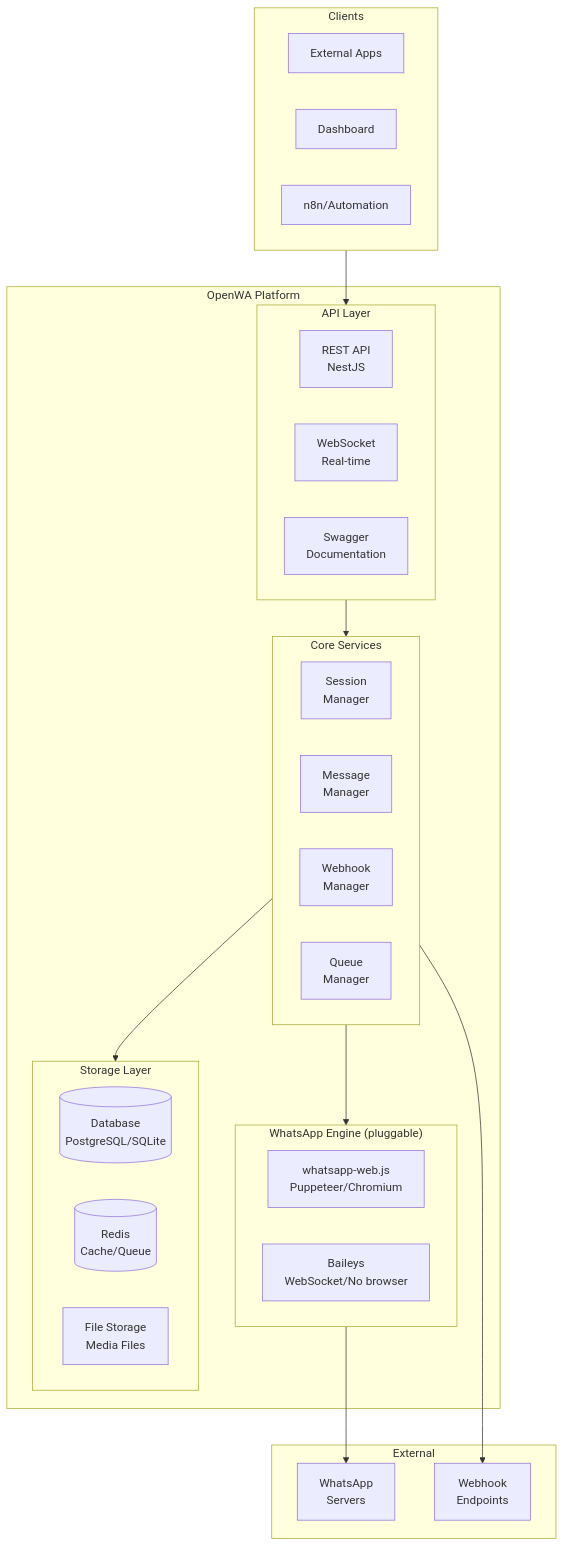
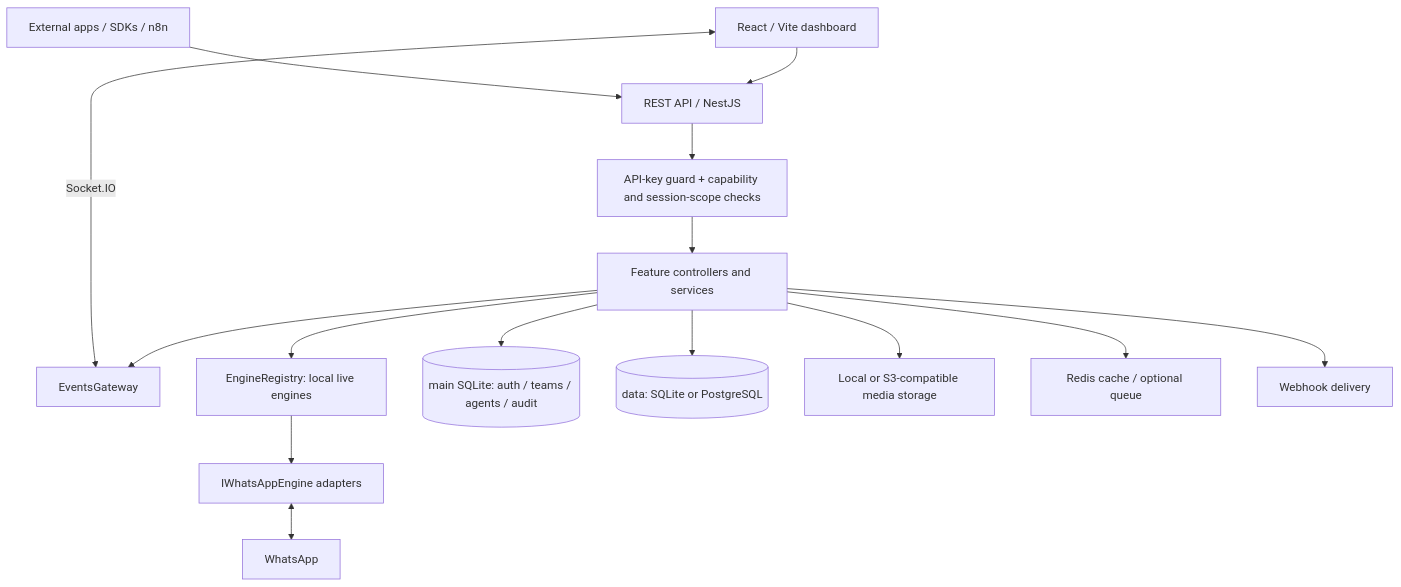
The first of 10 diagrams in docs/03-system-architecture.md (AbdoHussein1998/OpenWA), drawn with Mermaid before and after one commit. The commit also changed other lines of this file and 8 other files, not shown here.

````diff
--- a/docs/03-system-architecture.md
+++ b/docs/03-system-architecture.md
@@ -7,46 +9,17 @@
 ```mermaid
 flowchart TB
-    subgraph Clients["Clients"]
-        C1[External Apps]
-        C2[Dashboard]
-        C3[n8n/Automation]
-    end
-
-    subgraph OpenWA["OpenWA Platform"]
-        subgraph API["API Layer"]
-            REST[REST API<br/>NestJS]
-            WS[WebSocket<br/>Real-time]
-            SWAGGER[Swagger<br/>Documentation]
-        end
-
-        subgraph Core["Core Services"]
-            SM[Session<br/>Manager]
-            MM[Message<br/>Manager]
-            WH[Webhook<br/>Manager]
-            QM[Queue<br/>Manager]
-        end
-
-        subgraph Engine["WhatsApp Engine (pluggable)"]
-            WW[whatsapp-web.js<br/>Puppeteer/Chromium]
-            BY[Baileys<br/>WebSocket/No browser]
-        end
-
-        subgraph Storage["Storage Layer"]
-            DB[(Database<br/>PostgreSQL/SQLite)]
-            REDIS[(Redis<br/>Cache/Queue)]
-            FS[File Storage<br/>Media Files]
-        end
-    end
-
-    subgraph External["External"]
-        WA[WhatsApp<br/>Servers]
-        WEBHOOK[Webhook<br/>Endpoints]
-    end
-
-    Clients --> API
-    API --> Core
-    Core --> Engine
-    Core --> Storage
-    Engine --> WA
-    Core --> WEBHOOK
+    APIClients[External apps / SDKs / n8n] --> REST[REST API / NestJS]
+    Dashboard[React / Vite dashboard] --> REST
+    Dashboard <-->|Socket.IO| Events[EventsGateway]
+    REST --> Guard[API-key guard + capability and session-scope checks]
+    Guard --> Features[Feature controllers and services]
+    Features --> Registry[EngineRegistry: local live engines]
+    Registry --> Engine[IWhatsAppEngine adapters]
+    Engine <--> WA[WhatsApp]
+    Features --> Main[(main SQLite: auth / teams / agents / audit)]
+    Features --> Data[(data: SQLite or PostgreSQL)]
+    Features --> Files[Local or S3-compatible media storage]
+    Features --> Cache[Redis cache / optional queue]
+    Features --> Events
+    Features --> Webhooks[Webhook delivery]
 ```
````
